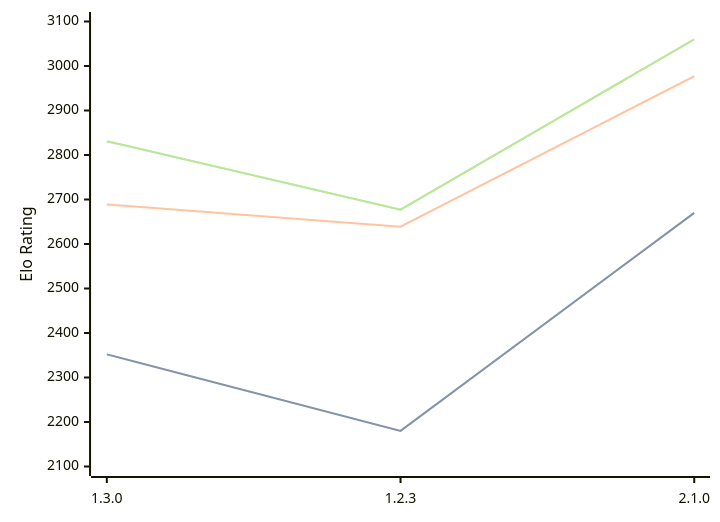
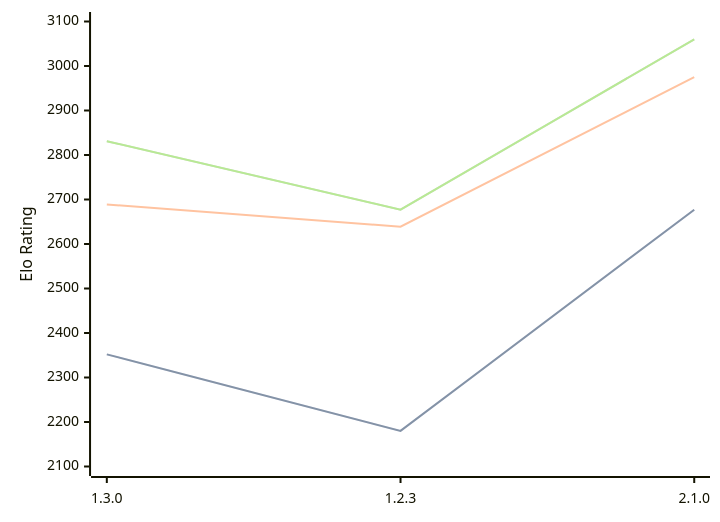
The third of 3 diagrams in engines/Aspen.md (computer-chess-index/cci), drawn with Mermaid before and after one commit. The commit also changed other lines of this file, not shown here.

````diff
--- a/engines/Aspen.md
+++ b/engines/Aspen.md
@@ -76,11 +76,11 @@
 ```mermaid
 %%{init: {"theme":"base","themeVariables":{"seriesColors:['#a3a3a3','#222221','#faa371']}}}%%
 xychart-beta
   x-axis ["1.3.0", "1.2.3", "2.1.0"]
   y-axis "Elo Rating" 2100 --> 3100
-  line "STC (8.0+0.08s)" [2352, 2180, 2670]
-  line "STC (8.0+0.08s)" [2352, 2180, 2670]
-  line "LTC (60.0+0.60s)" [2689, 2639, 2977]
+  line "STC (8.0+0.08s)" [2352, 2180, 2677]
+  line "STC (8.0+0.08s)" [2352, 2180, 2677]
+  line "LTC (60.0+0.60s)" [2689, 2639, 2975]
   line "VLTC (2m24s+1.12s)" [2831, 2677, 3060]
   line "VLTC (2m24s+1.12s)" [2831, 2677, 3060]
 ```
````
